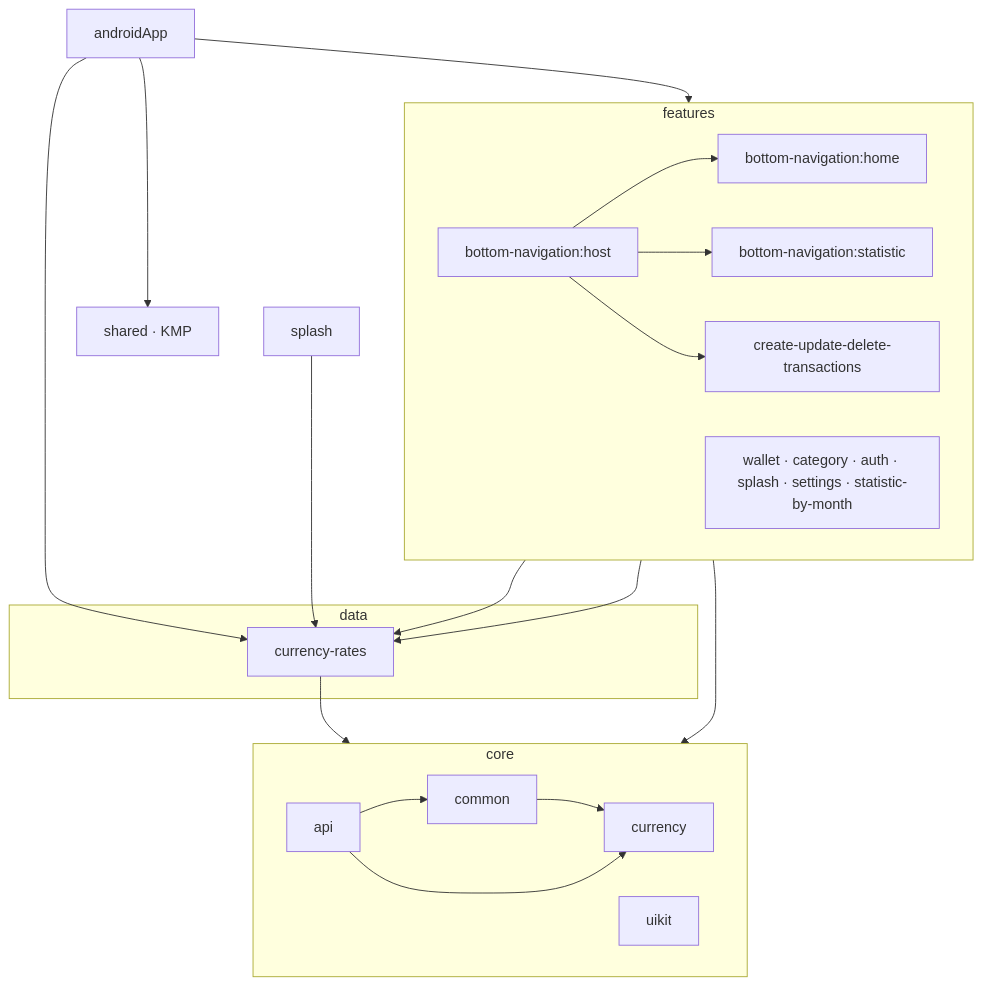
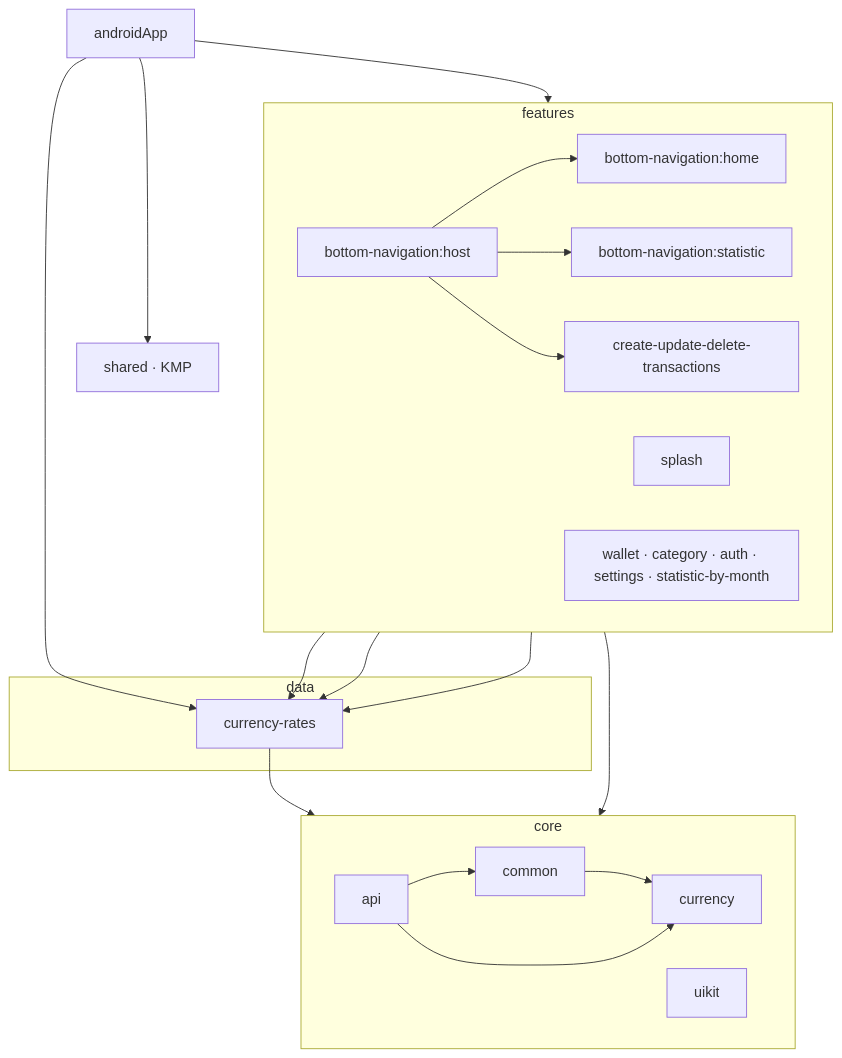
One commit to VolovatovTA/Budget changed the diagram in README.md. Above: the diagram before and after it, drawn with Mermaid.

Commit message:
README: splash is a feature, draw it inside the features box

````diff
--- a/README.md
+++ b/README.md
@@ -39,45 +39,46 @@
 ```mermaid
 flowchart TB
     app[androidApp]
 
     subgraph features
         direction LR
         host[bottom-navigation:host]
         home[bottom-navigation:home]
         statistic[bottom-navigation:statistic]
         transactions[create-update-delete-transactions]
-        other[wallet · category · auth · splash · settings · statistic-by-month]
+        splash
+        other[wallet · category · auth · settings · statistic-by-month]
     end
 
     subgraph data
         rates[currency-rates]
     end
 
     subgraph core
         direction LR
         api
         common
         currency
         uikit
     end
 
     shared[shared · KMP]
 
     app --> features
     app --> rates
     app --> shared
 
     host --> home
     host --> statistic
     host --> transactions
     home --> rates
     transactions --> rates
     splash --> rates
 
     features --> core
     rates --> core
 
     api --> common
     common --> currency
     api --> currency
 ```
````
